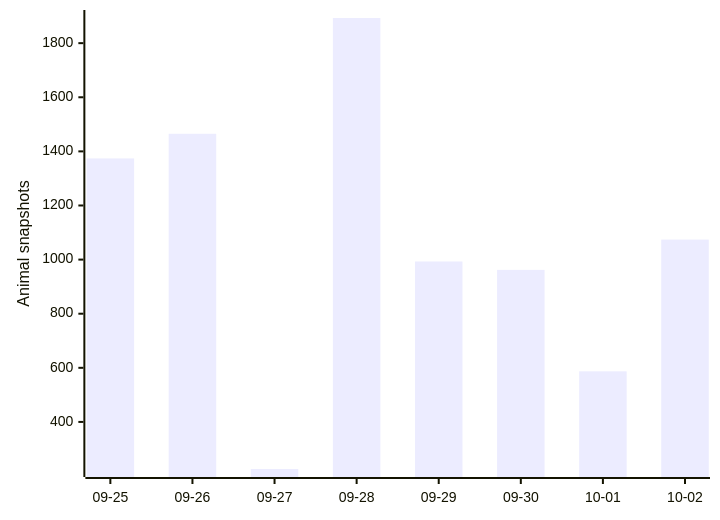
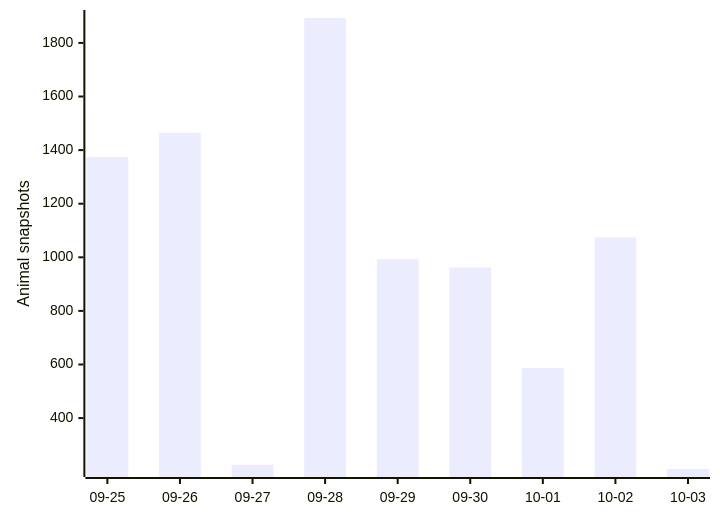
The first of 3 diagrams in README.md (joshuafrommeyer-35/PierTracker), drawn with Mermaid before and after one commit. The commit also changed other lines of this file and 7 other files, not shown here.

````diff
--- a/README.md
+++ b/README.md
@@ -133,6 +134,6 @@
 ```mermaid
 xychart-beta
-    x-axis ["09-25", "09-26", "09-27", "09-28", "09-29", "09-30", "10-01", "10-02"]
+    x-axis ["09-25", "09-26", "09-27", "09-28", "09-29", "09-30", "10-01", "10-02", "10-03"]
     y-axis "Animal snapshots"
-    bar [1374, 1465, 226, 1893, 993, 962, 587, 1074]
+    bar [1374, 1465, 226, 1893, 993, 962, 587, 1074, 210]
 ```
````
